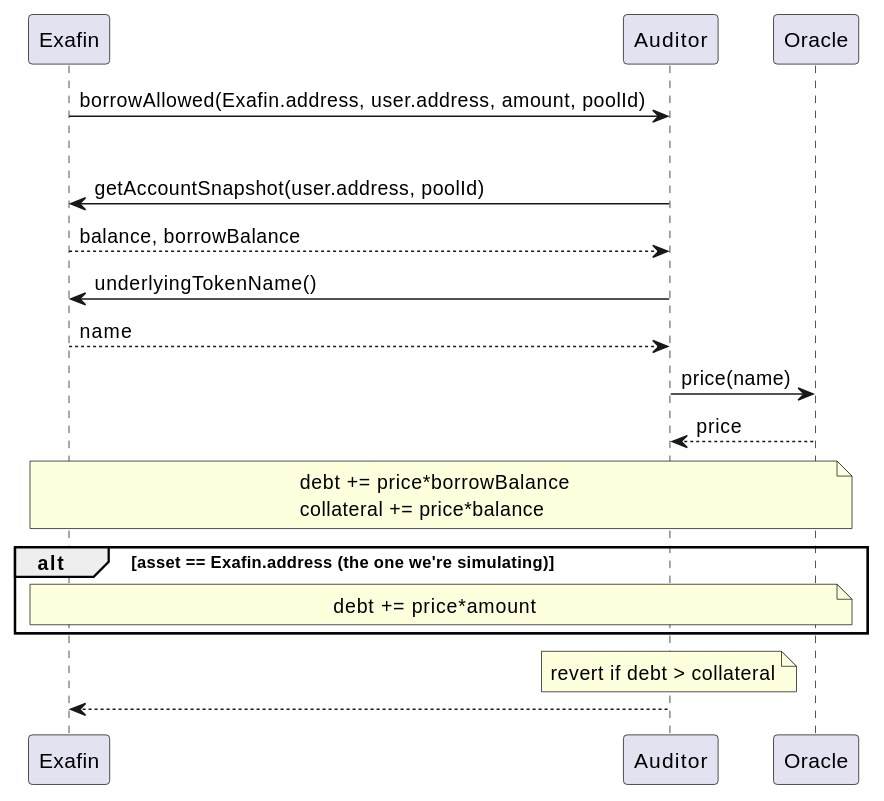
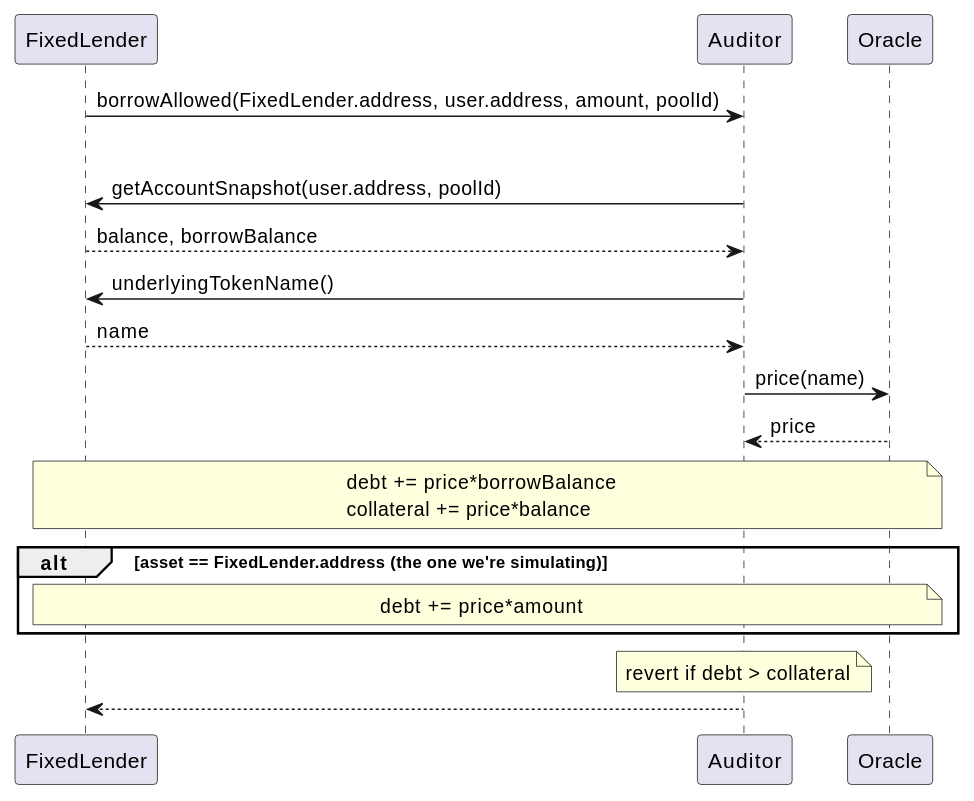
Before and after one commit to exactly/protocol: the second of 2 diagrams in docs/actions.rst, drawn with PlantUML. The commit also changed other lines of this file and 24 other files, not shown here.

```diff
--- a/docs/actions.rst
+++ b/docs/actions.rst
@@ -50,27 +50,27 @@
 .. uml::
 
-    participant Exafin
+    participant FixedLender
     participant Auditor
     participant Oracle
 
-    Exafin -> Auditor: borrowAllowed(Exafin.address, user.address, amount, poolId)
+    FixedLender -> Auditor: borrowAllowed(FixedLender.address, user.address, amount, poolId)
 
-    loop every enabled Exafin
-    Auditor -> Exafin: getAccountSnapshot(user.address, poolId)
-    Auditor <-- Exafin: balance, borrowBalance
-    Auditor -> Exafin: underlyingTokenName()
-    Auditor <-- Exafin: name
+    loop every enabled FixedLender
+    Auditor -> FixedLender: getAccountSnapshot(user.address, poolId)
+    Auditor <-- FixedLender: balance, borrowBalance
+    Auditor -> FixedLender: underlyingTokenName()
+    Auditor <-- FixedLender: name
     Auditor -> Oracle: price(name)
     Auditor <-- Oracle: price
     note across
     debt += price*borrowBalance
     collateral += price*balance
     end note
 
-    alt asset == Exafin.address (the one we're simulating)
+    alt asset == FixedLender.address (the one we're simulating)
     note across
     debt += price*amount
     end note
     end
     note over Auditor: revert if debt > collateral
-    Exafin <-- Auditor
+    FixedLender <-- Auditor
```
